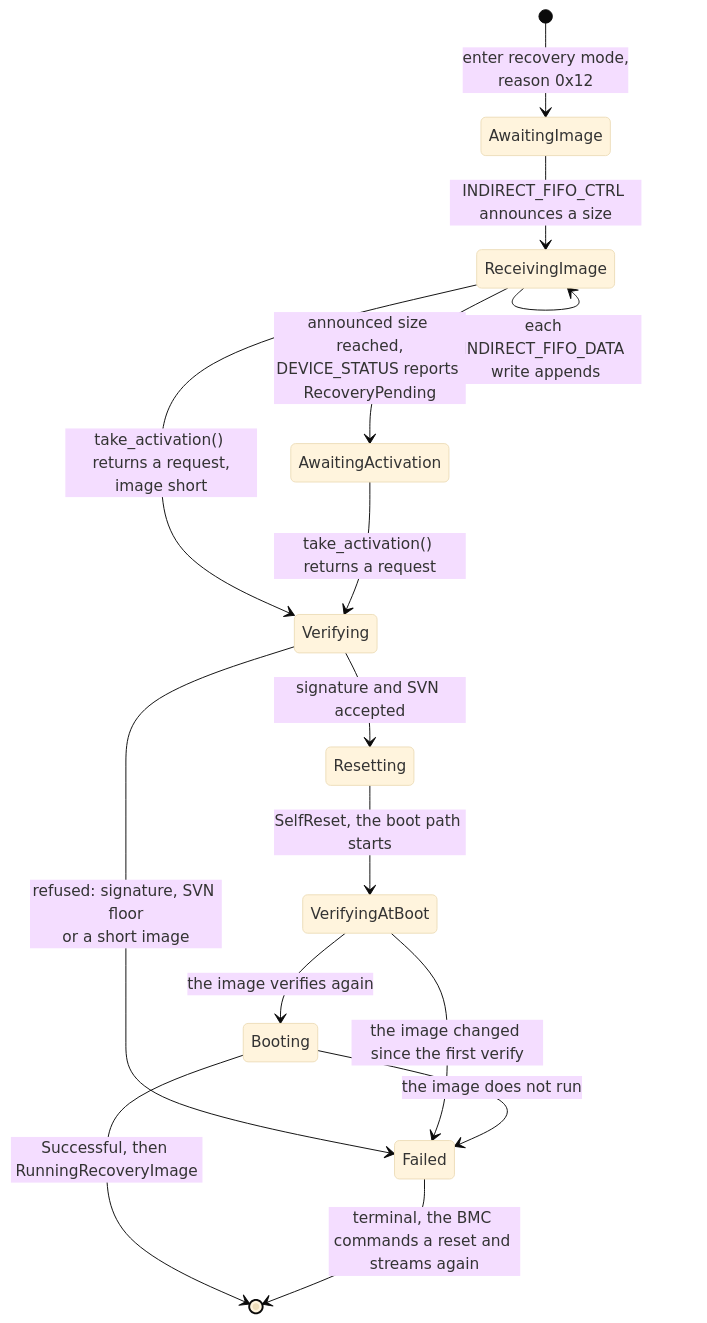
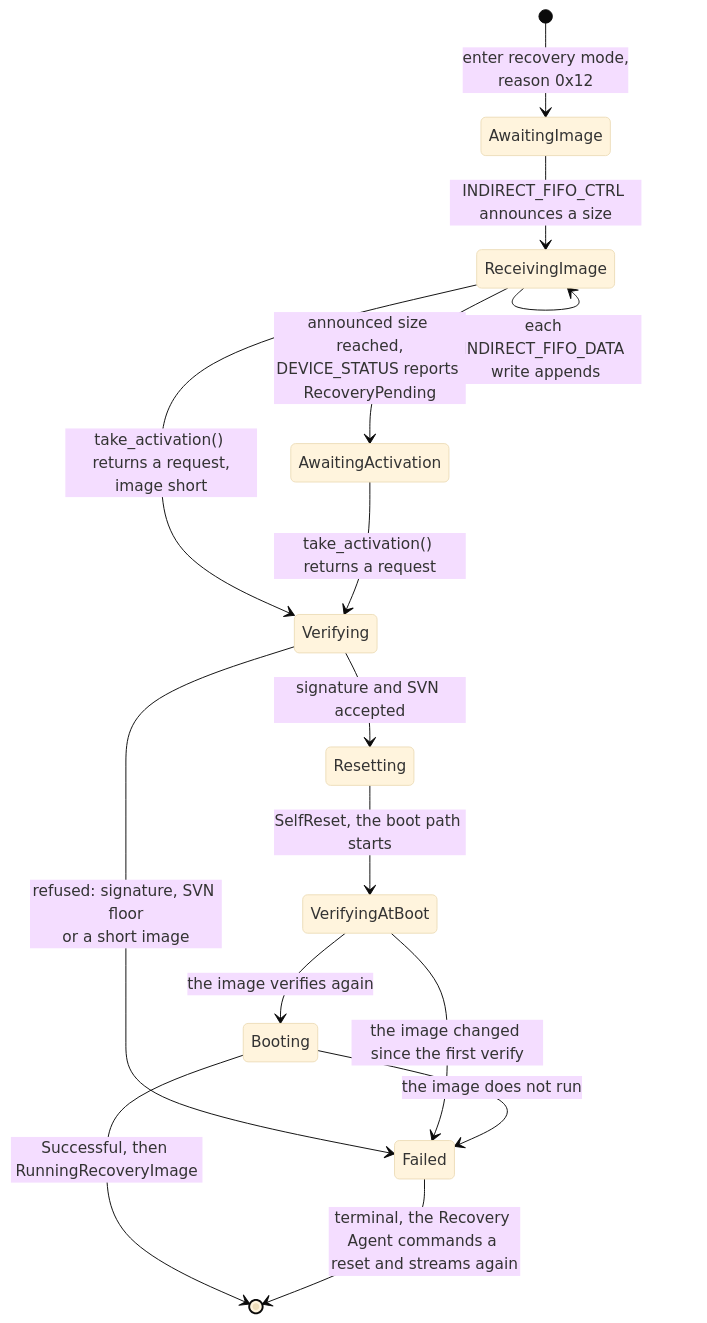
One commit to OpenPRoT/openprot changed the second of 3 diagrams in docs/src/design/ocp-recovery.md. Above: the diagram before and after it, drawn with Mermaid (base theme). The commit also changed other lines of this file and 2 other files, not shown here.

First line of the commit message:
docs: Name the Recovery Agent by role in the OCP Recovery design

````diff
--- a/docs/src/design/ocp-recovery.md
+++ b/docs/src/design/ocp-recovery.md
@@ -229,17 +232,17 @@
 ```mermaid
 stateDiagram-v2
     [*] --> AwaitingImage: enter recovery mode,<br/>reason 0x12
     AwaitingImage --> ReceivingImage: INDIRECT_FIFO_CTRL announces a size
     ReceivingImage --> ReceivingImage: each INDIRECT_FIFO_DATA write appends
     ReceivingImage --> AwaitingActivation: announced size reached,<br/>DEVICE_STATUS reports RecoveryPending
     ReceivingImage --> Verifying: take_activation() returns a request,<br/>image short
     AwaitingActivation --> Verifying: take_activation() returns a request
     Verifying --> Resetting: signature and SVN accepted
     Verifying --> Failed: refused: signature, SVN floor<br/>or a short image
     Resetting --> VerifyingAtBoot: SelfReset, the boot path starts
     VerifyingAtBoot --> Booting: the image verifies again
     VerifyingAtBoot --> Failed: the image changed since the first verify
     Booting --> [*]: Successful, then RunningRecoveryImage
     Booting --> Failed: the image does not run
-    Failed --> [*]: terminal, the BMC commands a reset and streams again
+    Failed --> [*]: terminal, the Recovery Agent commands a reset and streams again
 ```
````
